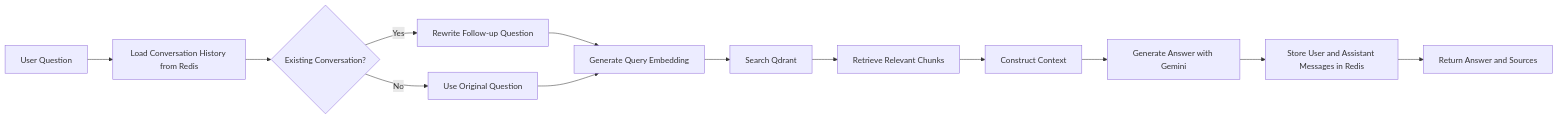
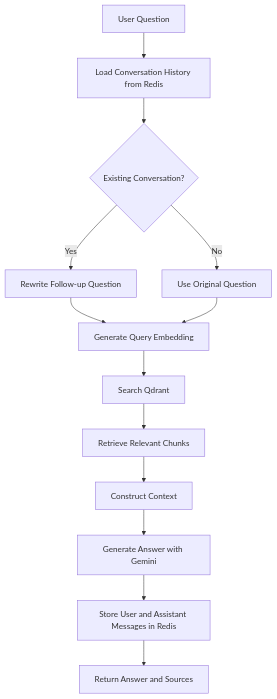
One commit to RubySah/VeriQuery-Document_Intelligence_and_Conversational_RAG-System changed the third of 4 diagrams in ARCHITECTURE.md. Above: the diagram before and after it, drawn with Mermaid. The commit also changed other lines of this file, not shown here.

Commit message:
Improve code documentation

````diff
--- a/ARCHITECTURE.md
+++ b/ARCHITECTURE.md
@@ -147,15 +147,15 @@
 ```mermaid
-flowchart LR
+flowchart TD
     A[User Question] --> B[Load Conversation History from Redis]
     B --> C{Existing Conversation?}
     C -->|Yes| D[Rewrite Follow-up Question]
     C -->|No| E[Use Original Question]
     D --> F[Generate Query Embedding]
     E --> F
     F --> G[Search Qdrant]
     G --> H[Retrieve Relevant Chunks]
     H --> I[Construct Context]
     I --> J[Generate Answer with Gemini]
     J --> K[Store User and Assistant Messages in Redis]
     K --> L[Return Answer and Sources]
 ```
````
